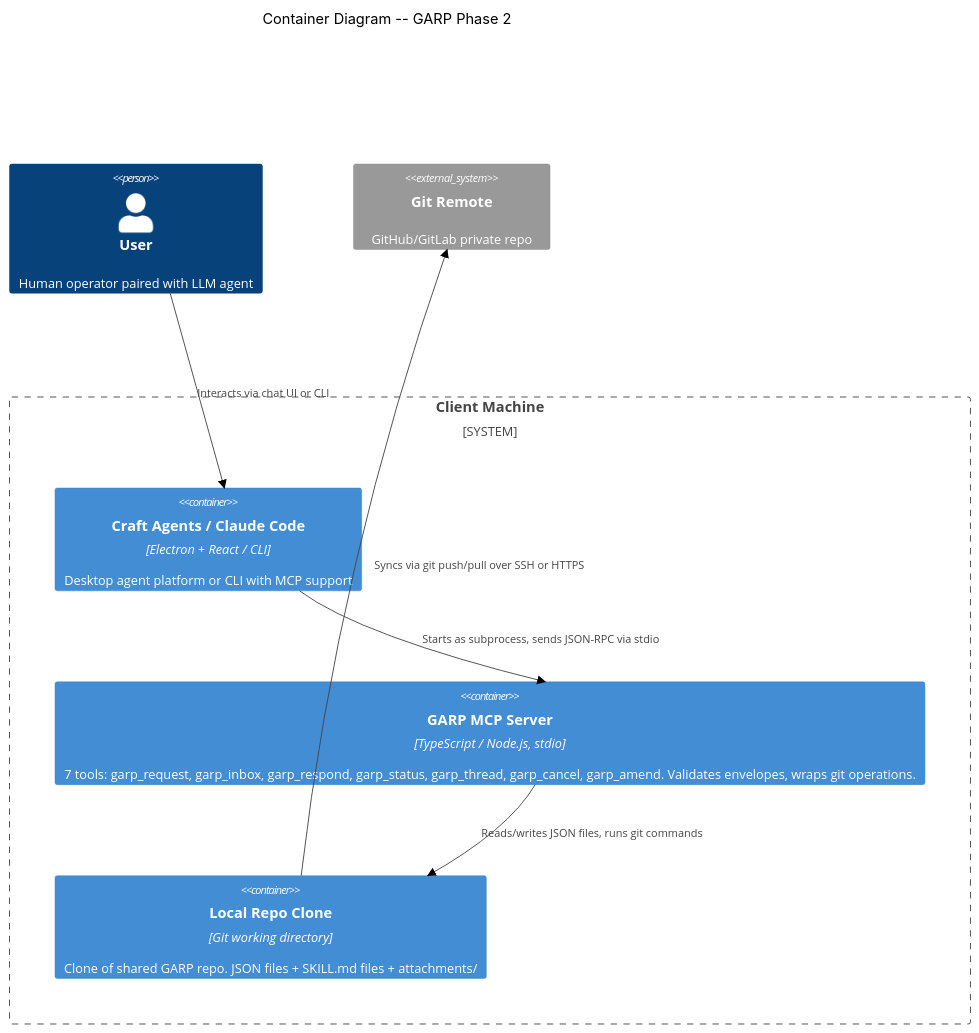
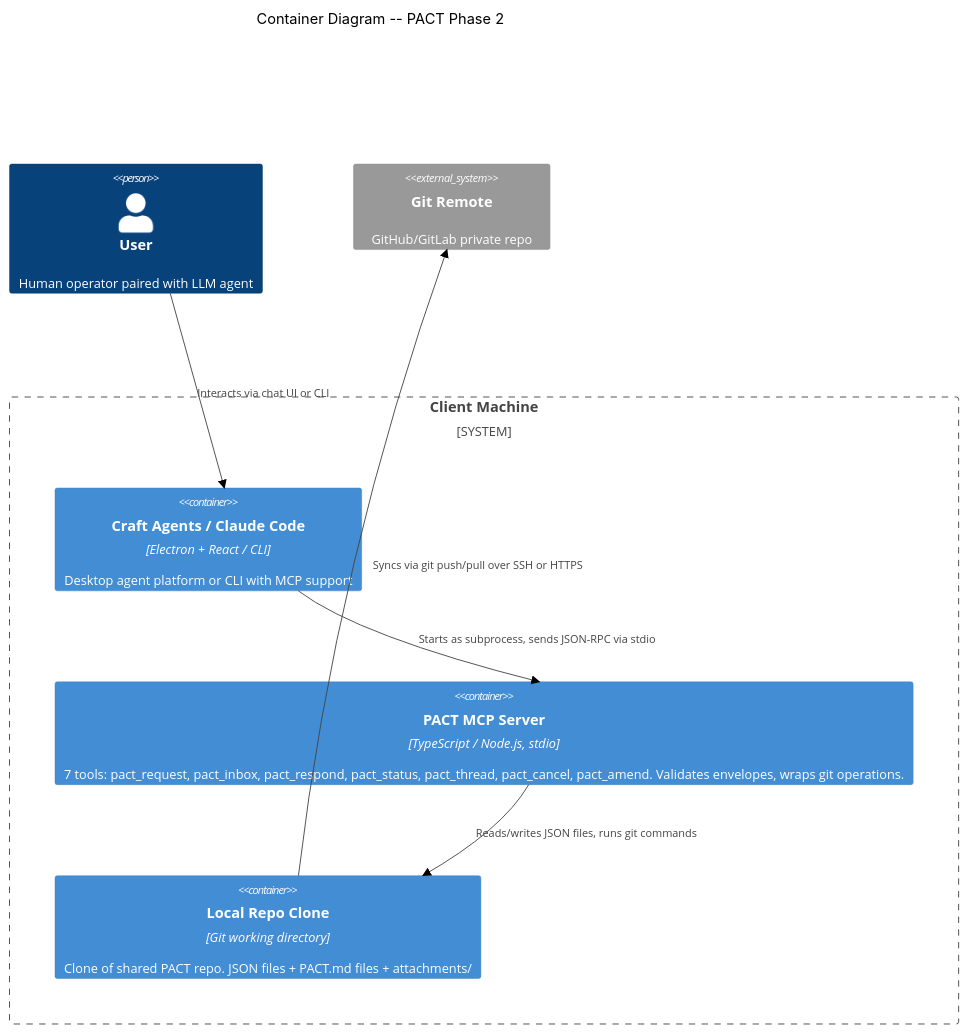
The first of 2 diagrams in docs/feature/phase2-polish/design/architecture-design.md (snidelycapon/pact), drawn with Mermaid (neutral theme) before and after one commit. The commit also changed other lines of this file and 242 other files, not shown here.

First line of the commit message:
chore: rename garp to pact across entire codebase

````diff
--- a/docs/feature/phase2-polish/design/architecture-design.md
+++ b/docs/feature/phase2-polish/design/architecture-design.md
@@ -118,19 +118,19 @@
 ```mermaid
 C4Container
-    title Container Diagram -- GARP Phase 2
+    title Container Diagram -- PACT Phase 2
 
     Person(user, "User", "Human operator paired with LLM agent")
 
     System_Boundary(client, "Client Machine") {
         Container(craft, "Craft Agents / Claude Code", "Electron + React / CLI", "Desktop agent platform or CLI with MCP support")
-        Container(mcp, "GARP MCP Server", "TypeScript / Node.js, stdio", "7 tools: garp_request, garp_inbox, garp_respond, garp_status, garp_thread, garp_cancel, garp_amend. Validates envelopes, wraps git operations.")
-        Container(localrepo, "Local Repo Clone", "Git working directory", "Clone of shared GARP repo. JSON files + SKILL.md files + attachments/")
+        Container(mcp, "PACT MCP Server", "TypeScript / Node.js, stdio", "7 tools: pact_request, pact_inbox, pact_respond, pact_status, pact_thread, pact_cancel, pact_amend. Validates envelopes, wraps git operations.")
+        Container(localrepo, "Local Repo Clone", "Git working directory", "Clone of shared PACT repo. JSON files + PACT.md files + attachments/")
     }
 
     System_Ext(remote, "Git Remote", "GitHub/GitLab private repo")
 
     Rel(user, craft, "Interacts via chat UI or CLI")
     Rel(craft, mcp, "Starts as subprocess, sends JSON-RPC via stdio")
     Rel(mcp, localrepo, "Reads/writes JSON files, runs git commands")
     Rel(localrepo, remote, "Syncs via git push/pull over SSH or HTTPS")
 ```
````
